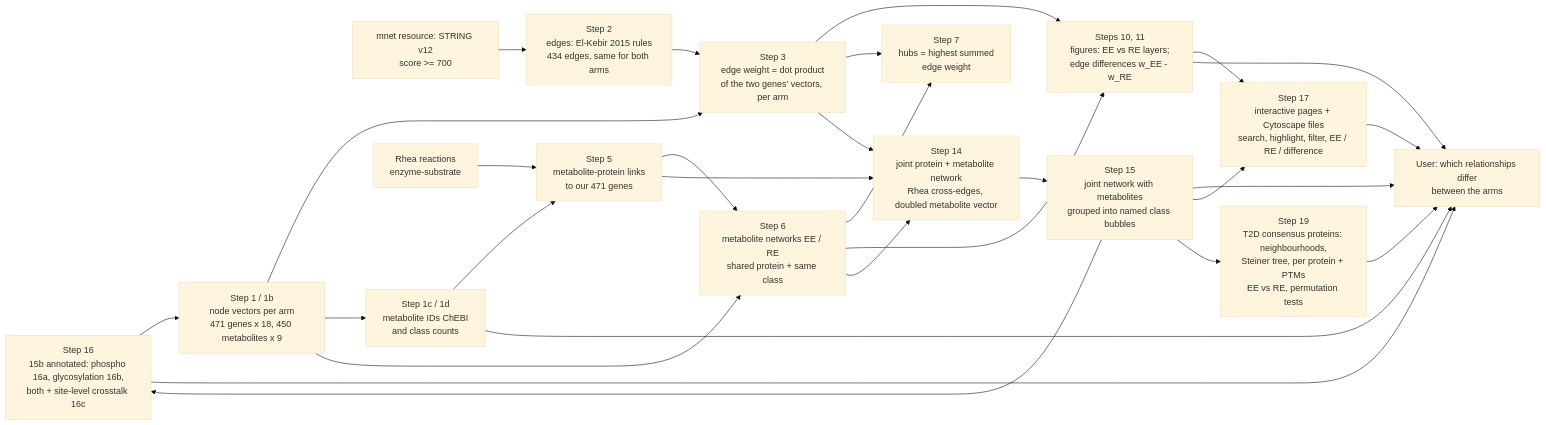
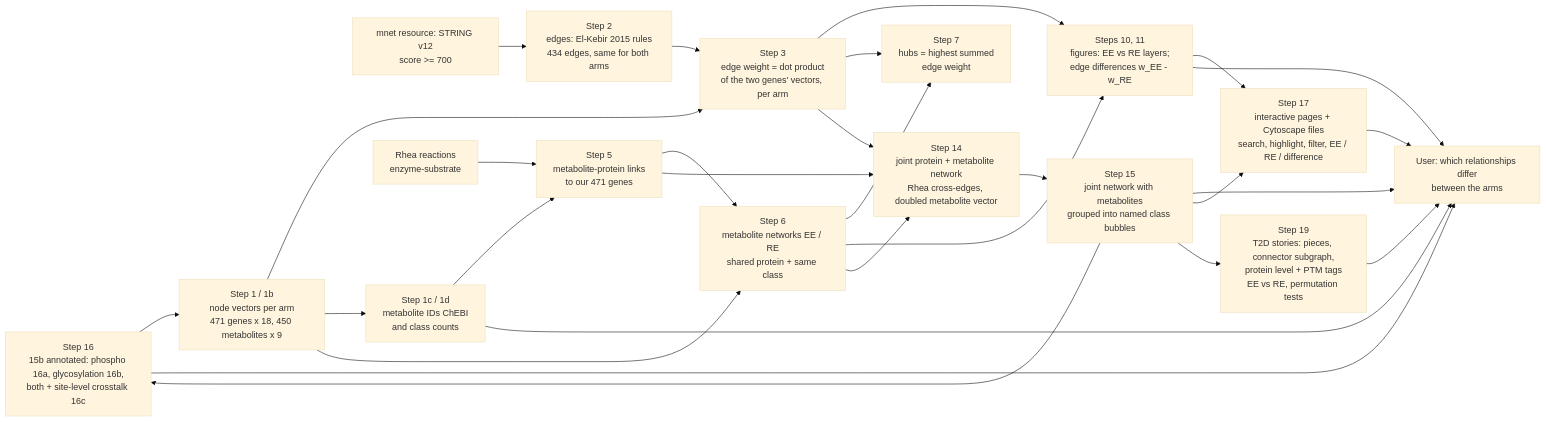
The diagram in network/README.md (Stanford-Bioinformatics-Center/multiomics-hackathon-2026-track-1), drawn with Mermaid (base theme) before and after one commit. The commit also changed other lines of this file and 2 other files, not shown here.

Commit message:
Step 19: back to the 68 T2D-altered proteins (Öhman p < 0.05; consensus drawn bold); story 3 = protein level + responding phosphosites; minimal PTM tags (one per category, with counts) as in step 17

````diff
--- a/network/README.md
+++ b/network/README.md
@@ -43,30 +43,30 @@
 ```mermaid
 flowchart LR
   A[MoTrPAC results<br/>RNA, protein, metabolites<br/>adipose, blood, muscle] --> B[Step 1 / 1b<br/>node vectors per arm<br/>471 genes x 18, 450 metabolites x 9]
   S[mnet resource: STRING v12<br/>score >= 700] --> C[Step 2<br/>edges: El-Kebir 2015 rules<br/>434 edges, same for both arms]
   B --> D[Step 3<br/>edge weight = dot product<br/>of the two genes' vectors, per arm]
   C --> D
   B --> F[Step 1c / 1d<br/>metabolite IDs ChEBI<br/>and class counts]
   D --> P[Steps 10, 11<br/>figures: EE vs RE layers;<br/>edge differences w_EE - w_RE]
   R[Rhea reactions<br/>enzyme-substrate] --> G[Step 5<br/>metabolite-protein links<br/>to our 471 genes]
   F --> G
   G --> H[Step 6<br/>metabolite networks EE / RE<br/>shared protein + same class]
   B --> H
   D --> K[Step 7<br/>hubs = highest summed<br/>edge weight]
   H --> K
   H --> P
   D --> J[Step 14<br/>joint protein + metabolite network<br/>Rhea cross-edges, doubled metabolite vector]
   H --> J
   G --> J
   J --> Q[Step 15<br/>joint network with metabolites<br/>grouped into named class bubbles]
   Q --> U
   Q --> A[Step 16<br/>15b annotated: phospho 16a, glycosylation 16b,<br/>both + site-level crosstalk 16c]
   A --> U
   Q --> I[Step 17<br/>interactive pages + Cytoscape files<br/>search, highlight, filter, EE / RE / difference]
   P --> I
   I --> U
-  Q --> T[Step 19<br/>T2D consensus proteins: neighbourhoods,<br/>Steiner tree, per protein + PTMs<br/>EE vs RE, permutation tests]
+  Q --> T[Step 19<br/>T2D stories: pieces, connector subgraph,<br/>protein level + PTM tags<br/>EE vs RE, permutation tests]
   T --> U
   P --> U[User: which relationships differ<br/>between the arms]
   F --> U
 ```
````
